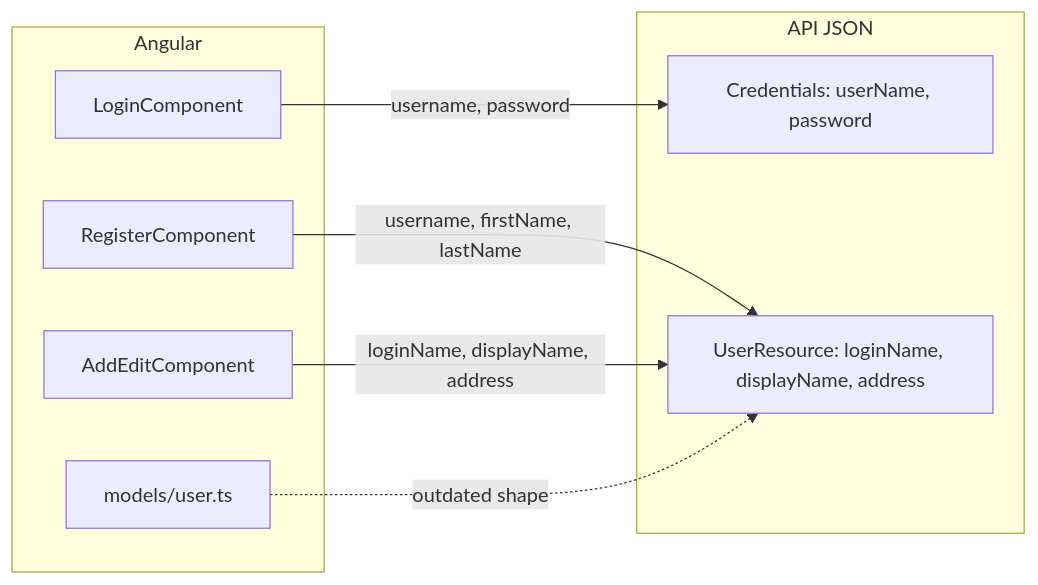
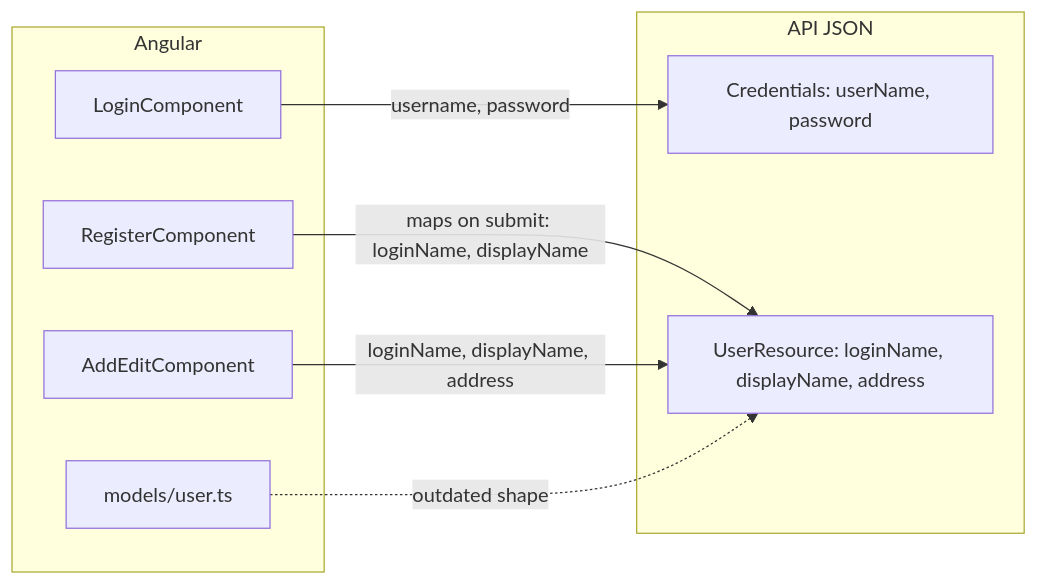
The diagram in docs/front-end-models.md (asalhallak/basic-user-management), drawn with Mermaid before and after one commit. The commit also changed other lines of this file and 5 other files, not shown here.

````diff
--- a/docs/front-end-models.md
+++ b/docs/front-end-models.md
@@ -16,19 +16,19 @@
 ```mermaid
 flowchart LR
     subgraph angular [Angular]
         Login[LoginComponent]
         Register[RegisterComponent]
         Editor[AddEditComponent]
         Model[models/user.ts]
     end
 
     subgraph api [API JSON]
         Cred["Credentials: userName, password"]
         UserRes["UserResource: loginName, displayName, address"]
     end
 
     Login -->|username, password| Cred
-    Register -->|username, firstName, lastName| UserRes
+    Register -->|"maps on submit: loginName, displayName"| UserRes
     Editor -->|loginName, displayName, address| UserRes
     Model -.->|outdated shape| UserRes
 ```
````
